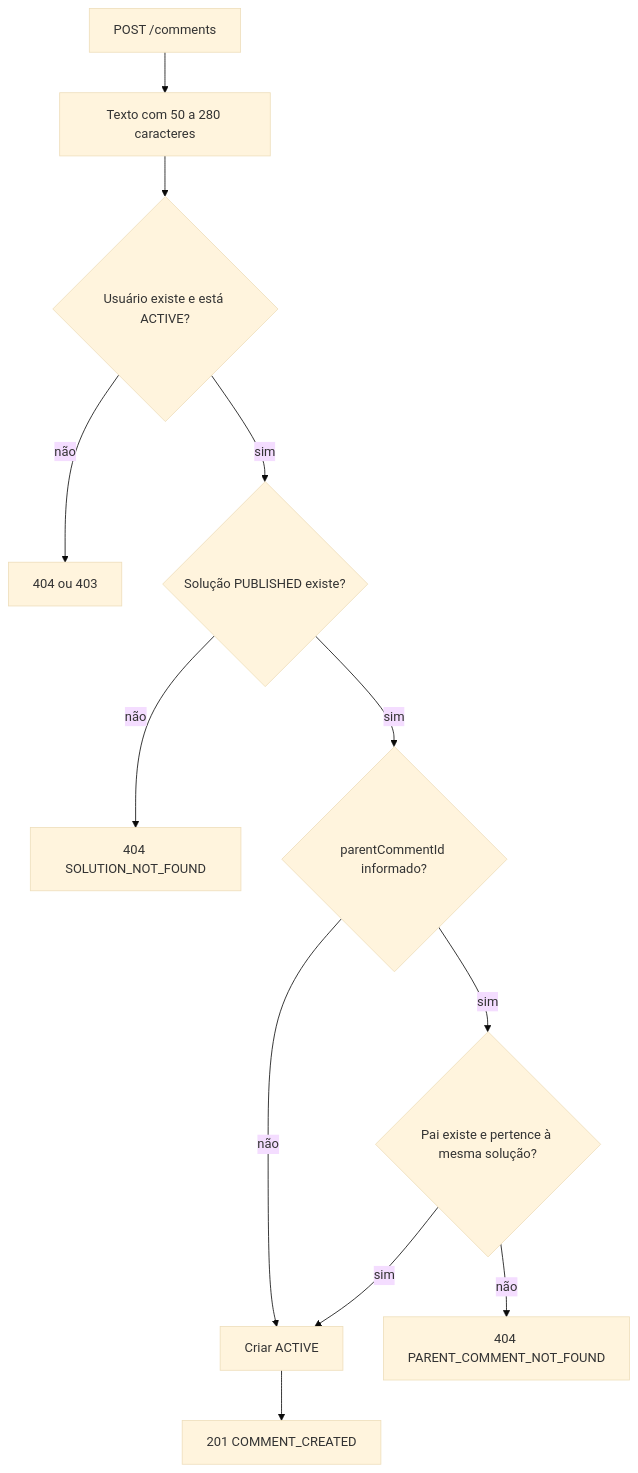
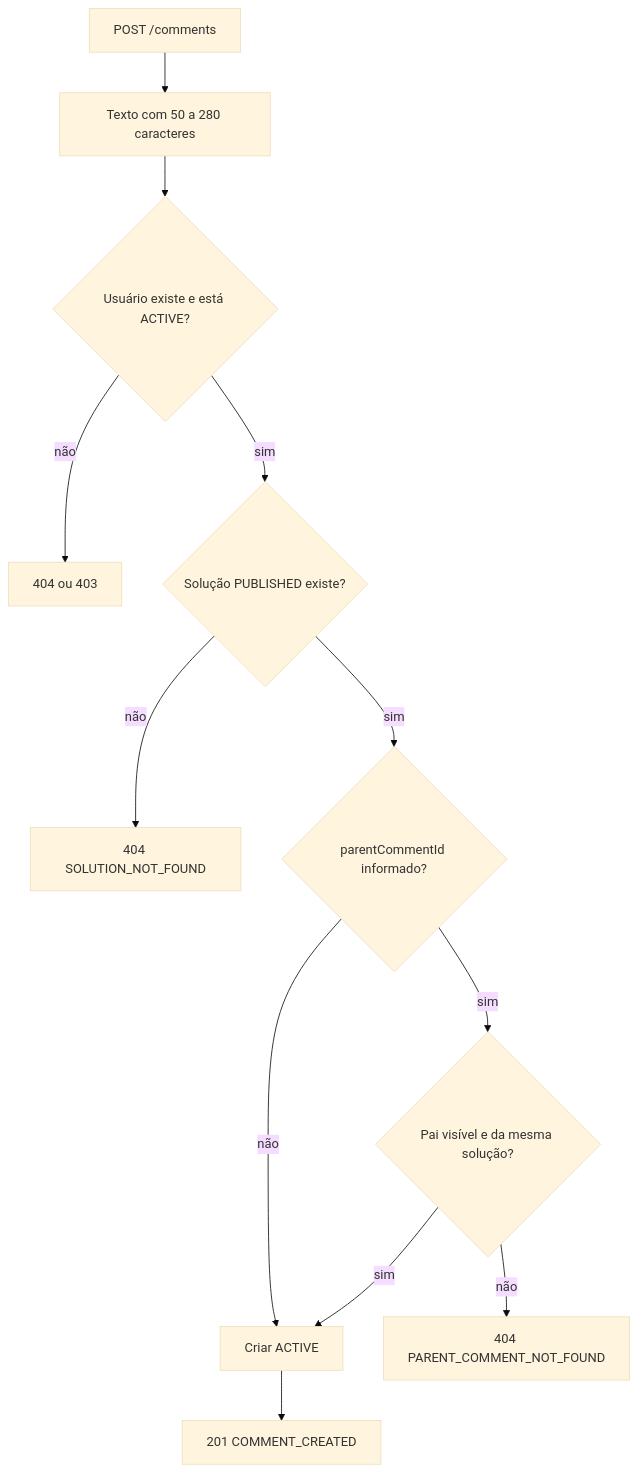
Before and after one commit to thaissacarvalho/Catalisa: the first of 2 diagrams in docs/flows/modules/comments.md, drawn with Mermaid (base theme). The commit also changed other lines of this file and 18 other files, not shown here.

````diff
--- a/docs/flows/modules/comments.md
+++ b/docs/flows/modules/comments.md
@@ -5,14 +5,14 @@
 ```mermaid
 flowchart TD
     A[POST /comments] --> B[Texto com 50 a 280 caracteres]
     B --> C{Usuário existe e está ACTIVE?}
     C -- não --> E1[404 ou 403]
     C -- sim --> D{Solução PUBLISHED existe?}
     D -- não --> E2[404 SOLUTION_NOT_FOUND]
     D -- sim --> F{parentCommentId informado?}
     F -- não --> H[Criar ACTIVE]
-    F -- sim --> G{Pai existe e pertence à mesma solução?}
+    F -- sim --> G{Pai visível e da mesma solução?}
     G -- não --> E3[404 PARENT_COMMENT_NOT_FOUND]
     G -- sim --> H
     H --> I[201 COMMENT_CREATED]
 ```
````
